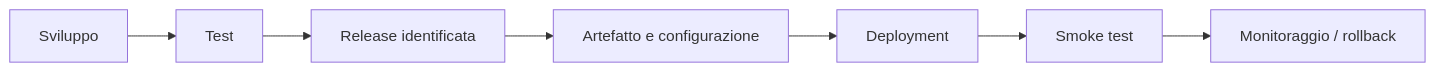
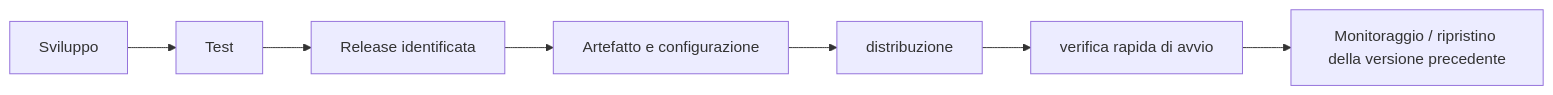
Before and after one commit to andreabz/R_per_IT: the fifth of 6 diagrams in slides.qmd, drawn with Mermaid. The commit also changed other lines of this file and 10 other files, not shown here.

````diff
--- a/slides.qmd
+++ b/slides.qmd
@@ -269,10 +269,10 @@
 ```{mermaid}
 %%| echo: false
 flowchart LR
  A["Sviluppo"] --> B["Test"]
  B --> C["Release identificata"]
  C --> D["Artefatto e configurazione"]
- D --> E["Deployment"]
- E --> F["Smoke test"]
- F --> G["Monitoraggio / rollback"]
+ D --> E["distribuzione"]
+ E --> F["verifica rapida di avvio"]
+ F --> G["Monitoraggio / ripristino della versione precedente"]
 ```
````
